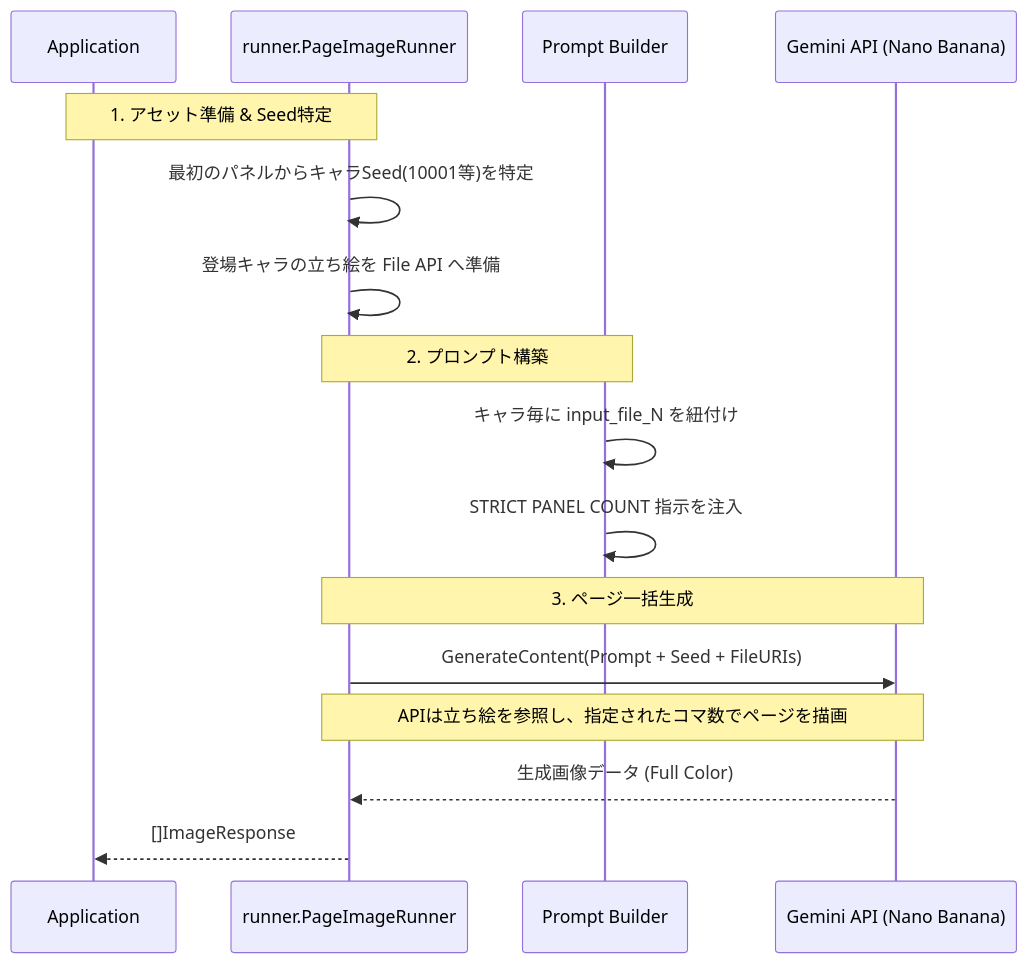
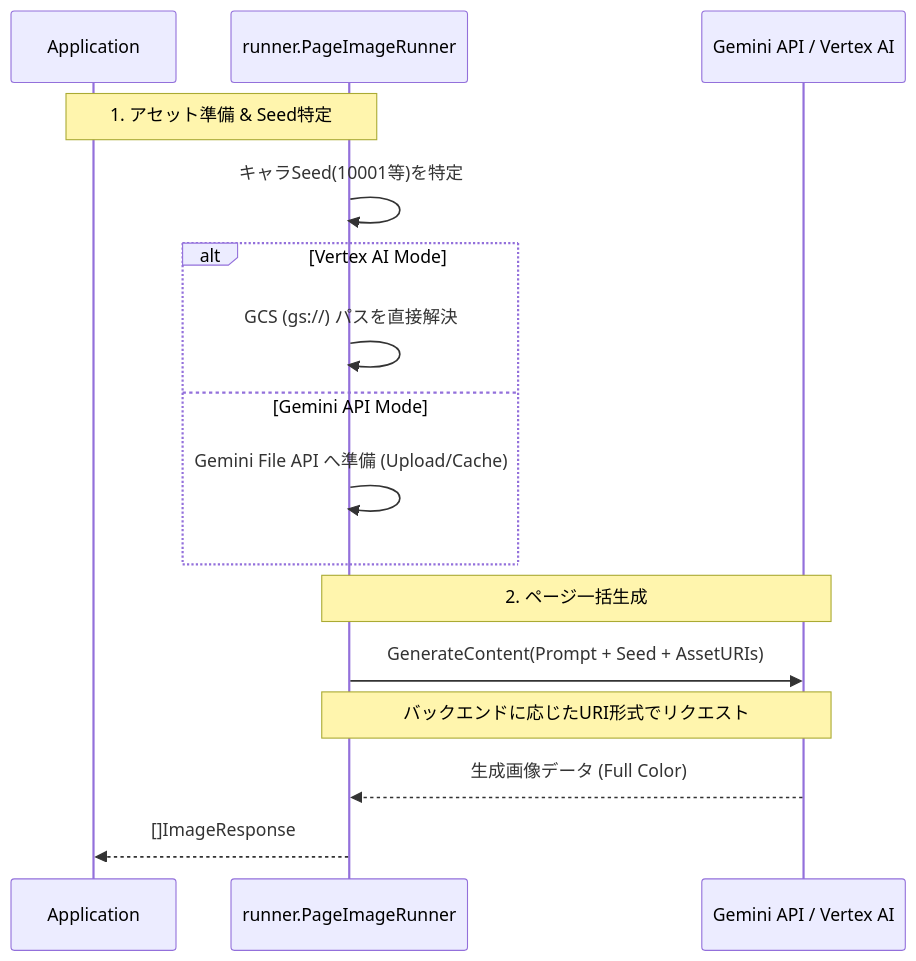
One commit to shouni/go-manga-kit changed the diagram in README.md. Above: the diagram before and after it, drawn with Mermaid. The commit also changed other lines of this file and 4 other files, not shown here.

Commit message:
Refactor: Remove `isVertexAI` flag from `MangaComposer`, delegate logic to `AssetManager`, and update dependencies.

````diff
--- a/README.md
+++ b/README.md
@@ -64,22 +68,22 @@
 ```mermaid
 sequenceDiagram
     participant APP as Application
     participant Runner as runner.PageImageRunner
-    participant Builder as Prompt Builder
-    participant API as Gemini API (Nano Banana)
+    participant API as Gemini API / Vertex AI
 
     Note over APP, Runner: 1. アセット準備 & Seed特定
-    Runner->>Runner: 最初のパネルからキャラSeed(10001等)を特定
-    Runner->>Runner: 登場キャラの立ち絵を File API へ準備
+    Runner->>Runner: キャラSeed(10001等)を特定
 
-    Note over Runner, Builder: 2. プロンプト構築
-    Builder->>Builder: キャラ毎に input_file_N を紐付け
-    Builder->>Builder: STRICT PANEL COUNT 指示を注入
+    alt Vertex AI Mode
+        Runner->>Runner: GCS (gs://) パスを直接解決
+    else Gemini API Mode
+        Runner->>Runner: Gemini File API へ準備 (Upload/Cache)
+    end
 
-    Note over Runner, API: 3. ページ一括生成
-    Runner->>API: GenerateContent(Prompt + Seed + FileURIs)
-    Note over Runner, API: APIは立ち絵を参照し、指定されたコマ数でページを描画
+    Note over Runner, API: 2. ページ一括生成
+    Runner->>API: GenerateContent(Prompt + Seed + AssetURIs)
+    Note over Runner, API: バックエンドに応じたURI形式でリクエスト
     API-->>Runner: 生成画像データ (Full Color)
     Runner-->>APP: []ImageResponse
 
 ```
````
